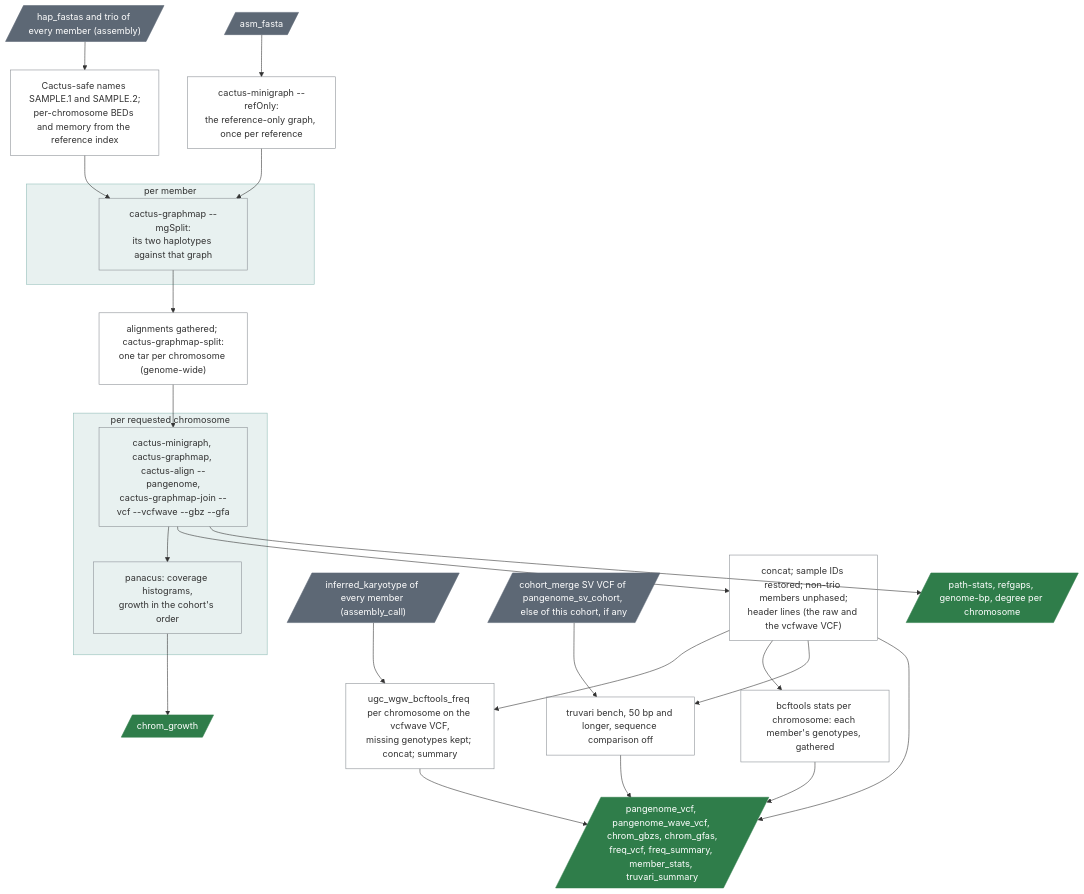
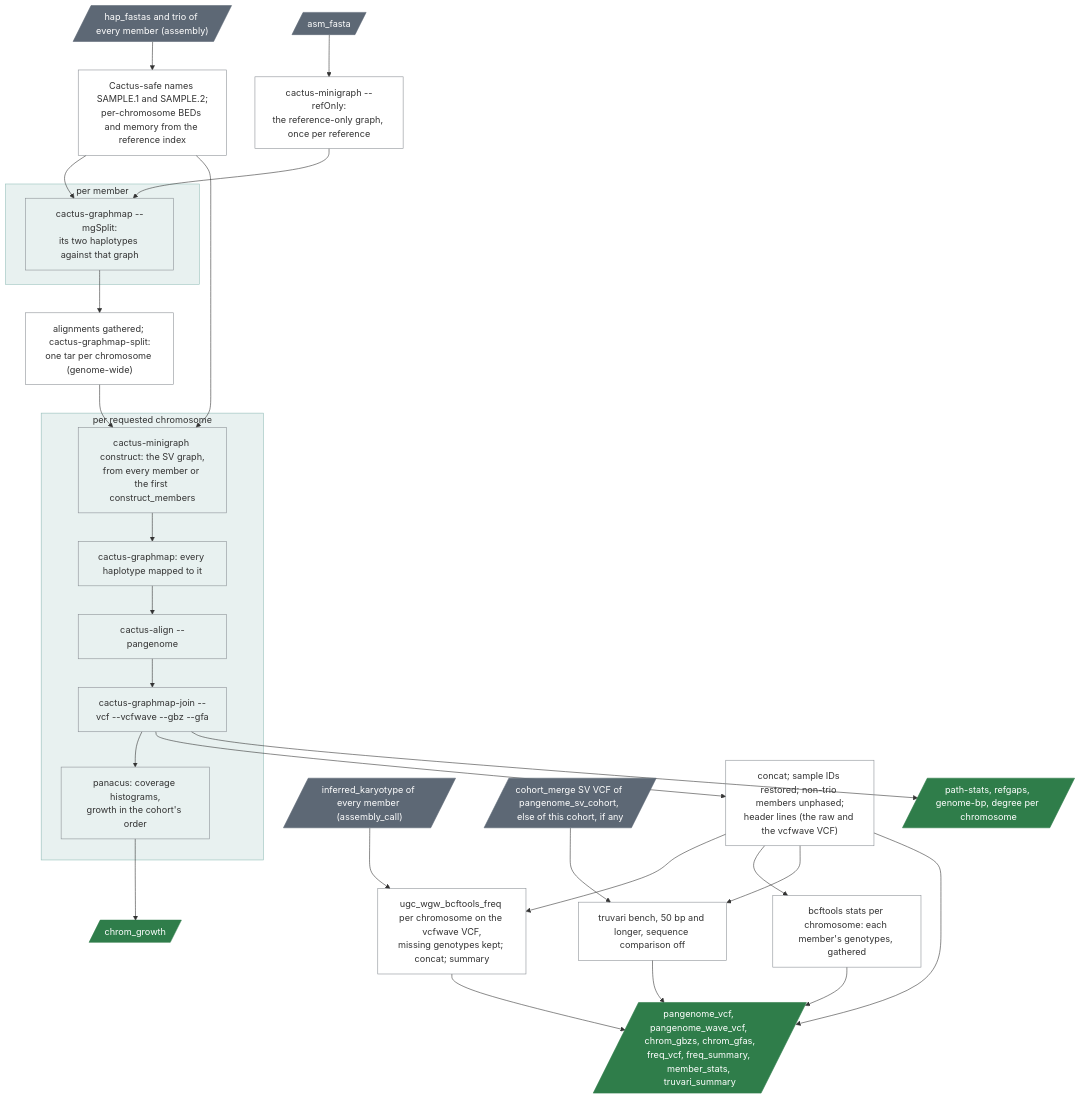
Before and after one commit to UppsalaGenomeCenter/ugc-wgw: the diagram in docs/guide/stages/cohort_pangenome.md, drawn with Mermaid. The commit also changed other lines of this file and 26 other files, not shown here.

````diff
--- a/docs/guide/stages/cohort_pangenome.md
+++ b/docs/guide/stages/cohort_pangenome.md
@@ -23,33 +24,37 @@
 ```mermaid
 flowchart TD
   asm[/"hap_fastas and trio of every member (assembly)"/]:::data --> names["Cactus-safe names SAMPLE.1 and SAMPLE.2;<br/>per-chromosome BEDs and memory from the reference index"]
   kar[/"inferred_karyotype of every member (assembly_call)"/]:::data --> freq
   ref[/"asm_fasta"/]:::data --> rg["cactus-minigraph --refOnly:<br/>the reference-only graph, once per reference"]
   names --> map
   rg --> map
   subgraph mem["per member"]
     map["cactus-graphmap --mgSplit:<br/>its two haplotypes against that graph"]
   end
   map --> split["alignments gathered; cactus-graphmap-split:<br/>one tar per chromosome (genome-wide)"]
-  split --> chrom
+  split --> cons
+  names --> cons
   subgraph per["per requested chromosome"]
-    chrom["cactus-minigraph, cactus-graphmap, cactus-align --pangenome,<br/>cactus-graphmap-join --vcf --vcfwave --gbz --gfa"]
+    cons["cactus-minigraph construct: the SV graph,<br/>from every member or the first construct_members"]
+    cons --> cmap["cactus-graphmap: every haplotype mapped to it"]
+    cmap --> align["cactus-align --pangenome"]
+    align --> chrom["cactus-graphmap-join --vcf --vcfwave --gbz --gfa"]
     chrom --> grow["panacus: coverage histograms,<br/>growth in the cohort's order"]
   end
   grow --> gr[/"chrom_growth"/]:::result
   chrom --> post["concat; sample IDs restored; non-trio members unphased;<br/>header lines (the raw and the vcfwave VCF)"]
   post --> freq["ugc_wgw_bcftools_freq per chromosome on the vcfwave VCF,<br/>missing genotypes kept; concat; summary"]
   post --> ms["bcftools stats per chromosome: each member's genotypes, gathered"]
   chrom --> gs[/"path-stats, refgaps, genome-bp, degree per chromosome"/]:::result
   sv[/"cohort_merge SV VCF of pangenome_sv_cohort, else of this cohort, if any"/]:::data --> tv["truvari bench, 50 bp and longer, sequence comparison off"]
   post --> tv
   post --> out[/"pangenome_vcf, pangenome_wave_vcf, chrom_gbzs, chrom_gfas,<br/>freq_vcf, freq_summary, member_stats, truvari_summary"/]:::result
   freq --> out
   ms --> out
   tv --> out
   classDef default fill:none,stroke:#8a8f95
   classDef data fill:#5d6875,stroke:#5d6875,color:#ffffff
   classDef result fill:#2f7d4a,stroke:#2f7d4a,color:#ffffff
   classDef box fill:#1f7a70,fill-opacity:0.10,stroke:#1f7a70,stroke-opacity:0.45
   class mem,per box
 ```
````
